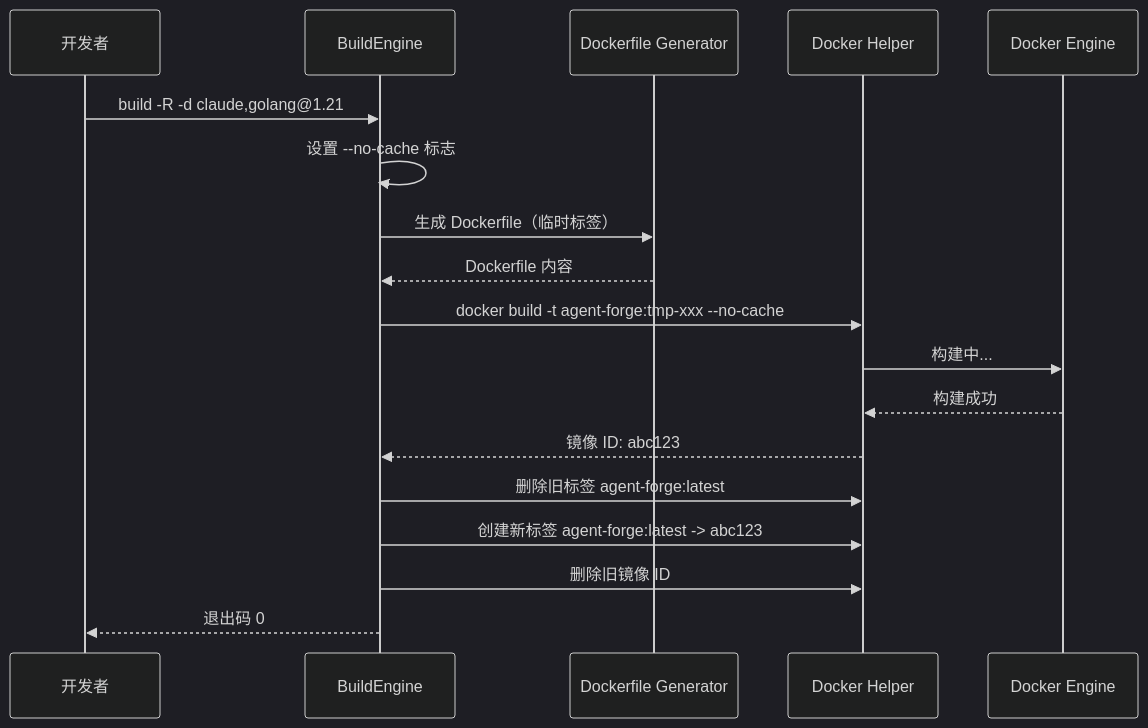
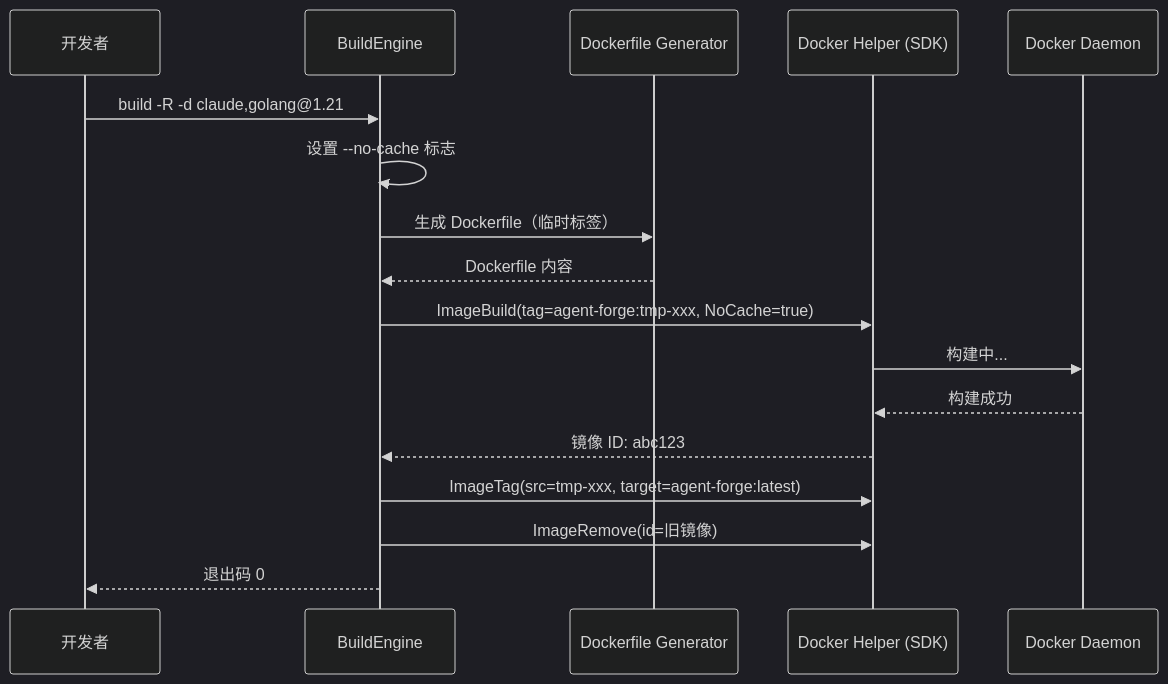
One commit to bianc2018/AgentForge changed the fifth of 23 diagrams in docs/features/agent-forge/design.md. Above: the diagram before and after it, drawn with Mermaid (dark theme). The commit also changed other lines of this file, not shown here.

First line of the commit message:
refactor: 设计文档 Docker CLI 全面迁移至 Docker SDK

````diff
--- a/docs/features/agent-forge/design.md
+++ b/docs/features/agent-forge/design.md
@@ -671,21 +671,20 @@
 ```mermaid
 sequenceDiagram
     participant Dev as 开发者
     participant BE as BuildEngine
     participant DF as Dockerfile Generator
-    participant DH as Docker Helper
-    participant DK as Docker Engine
+    participant DH as Docker Helper (SDK)
+    participant DK as Docker Daemon
 
     Dev->>BE: build -R -d claude,golang@1.21
     BE->>BE: 设置 --no-cache 标志
     BE->>DF: 生成 Dockerfile（临时标签）
     DF-->>BE: Dockerfile 内容
-    BE->>DH: docker build -t agent-forge:tmp-xxx --no-cache
+    BE->>DH: ImageBuild(tag=agent-forge:tmp-xxx, NoCache=true)
     DH->>DK: 构建中...
     DK-->>DH: 构建成功
     DH-->>BE: 镜像 ID: abc123
-    BE->>DH: 删除旧标签 agent-forge:latest
-    BE->>DH: 创建新标签 agent-forge:latest -> abc123
-    BE->>DH: 删除旧镜像 ID
+    BE->>DH: ImageTag(src=tmp-xxx, target=agent-forge:latest)
+    BE->>DH: ImageRemove(id=旧镜像)
     BE-->>Dev: 退出码 0
 ```
````
